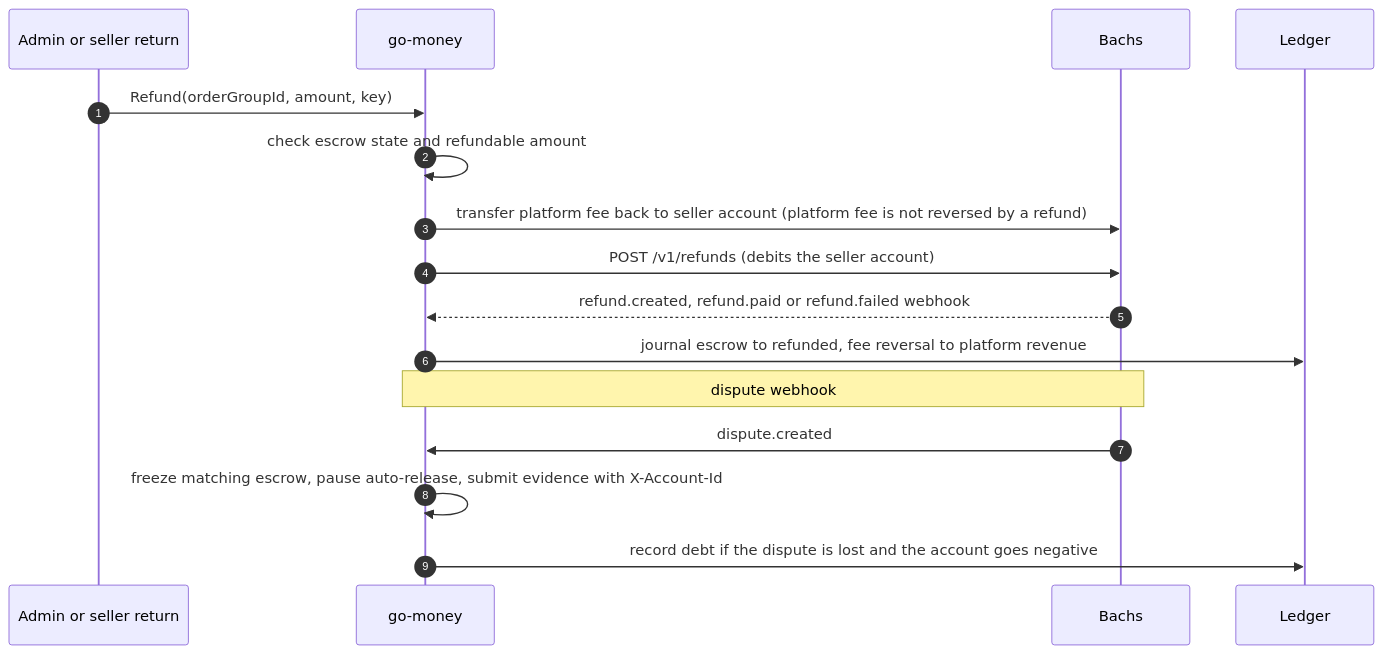
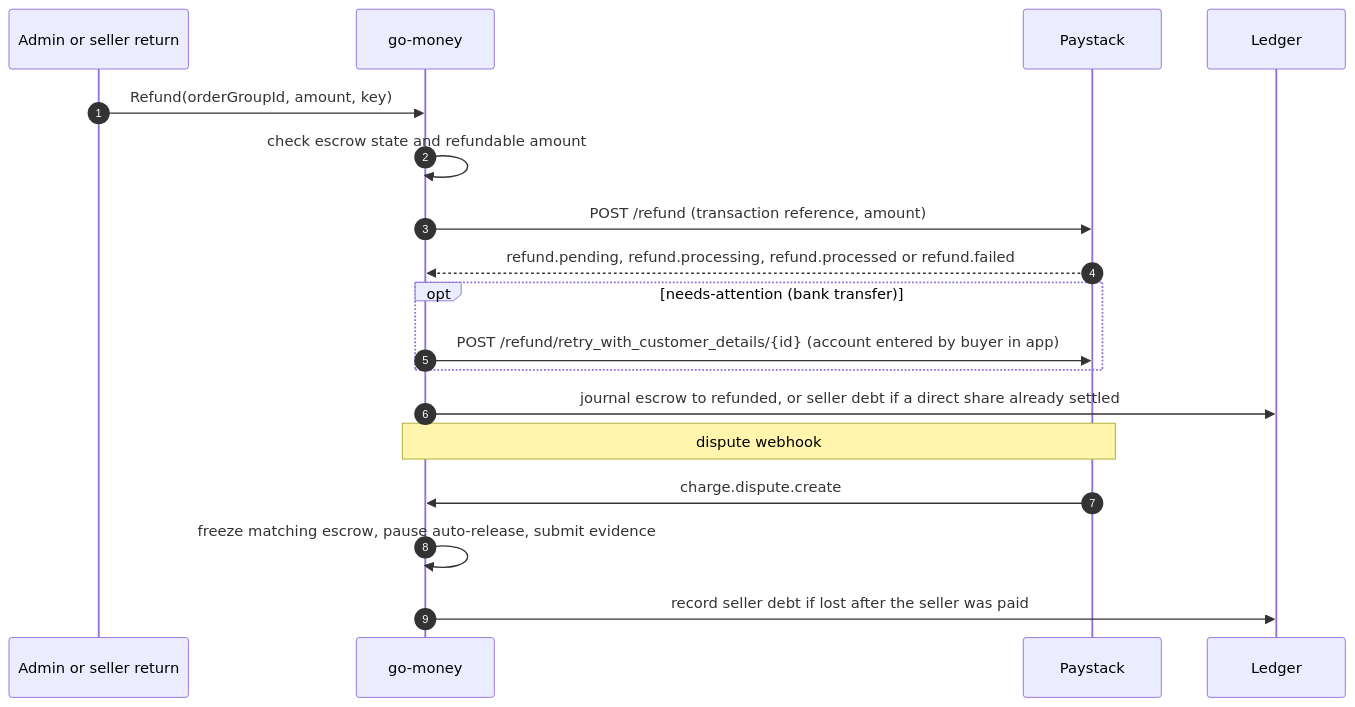
Before and after one commit to telente-technologies/nantty: the fourth of 7 diagrams in docs/architecture/payments.md, drawn with Mermaid. The commit also changed other lines of this file and 2 other files, not shown here.

Commit message:
docs(architecture): payments marketplace and events docs [skip build]

````diff
--- a/docs/architecture/payments.md
+++ b/docs/architecture/payments.md
@@ -179,18 +183,20 @@
 ```mermaid
 sequenceDiagram
   autonumber
   participant A as Admin or seller return
   participant M as go-money
-  participant B as Bachs
+  participant P as Paystack
   participant L as Ledger
   A->>M: Refund(orderGroupId, amount, key)
   M->>M: check escrow state and refundable amount
-  M->>B: transfer platform fee back to seller account (platform fee is not reversed by a refund)
-  M->>B: POST /v1/refunds (debits the seller account)
-  B-->>M: refund.created, refund.paid or refund.failed webhook
-  M->>L: journal escrow to refunded, fee reversal to platform revenue
-  Note over B,M: dispute webhook
-  B->>M: dispute.created
-  M->>M: freeze matching escrow, pause auto-release, submit evidence with X-Account-Id
-  M->>L: record debt if the dispute is lost and the account goes negative
+  M->>P: POST /refund (transaction reference, amount)
+  P-->>M: refund.pending, refund.processing, refund.processed or refund.failed
+  opt needs-attention (bank transfer)
+    M->>P: POST /refund/retry_with_customer_details/{id} (account entered by buyer in app)
+  end
+  M->>L: journal escrow to refunded, or seller debt if a direct share already settled
+  Note over P,M: dispute webhook
+  P->>M: charge.dispute.create
+  M->>M: freeze matching escrow, pause auto-release, submit evidence
+  M->>L: record seller debt if lost after the seller was paid
 ```
````
